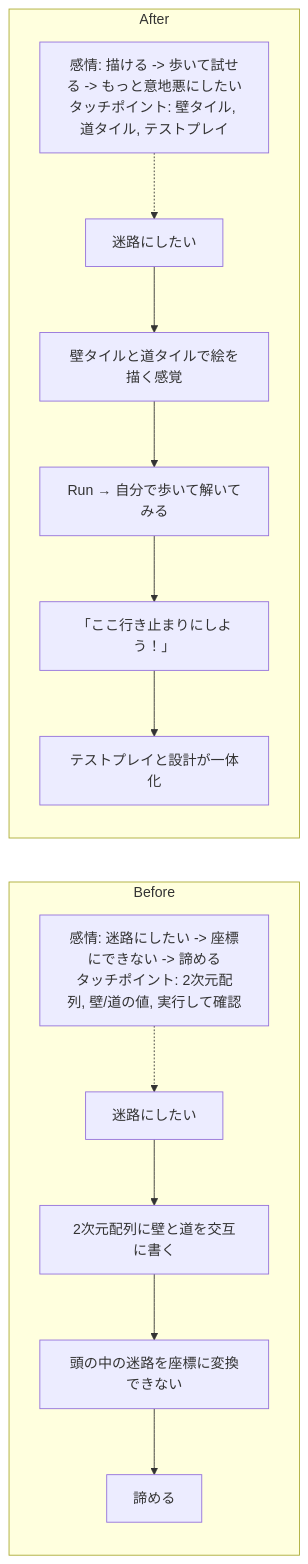
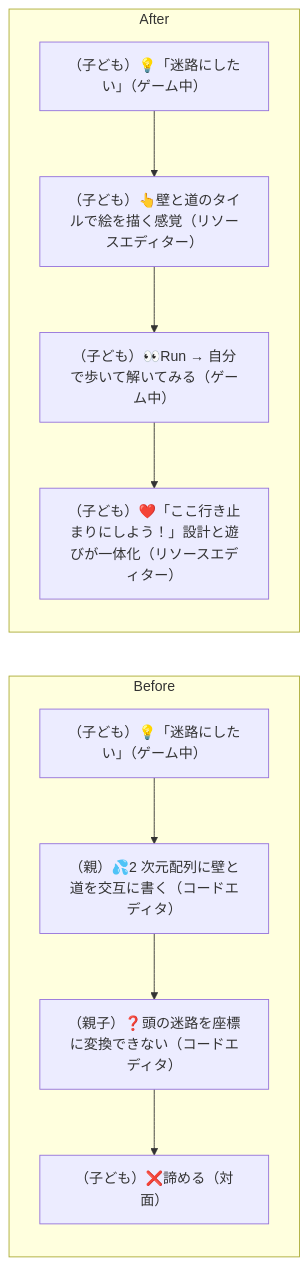
One commit to tatsuro-ueda/code-quest-pyxel changed the sixth of 42 diagrams in docs/customer-journeys.md. Above: the diagram before and after it, drawn with Mermaid. The commit also changed other lines of this file and 20 other files, not shown here.

````diff
--- a/docs/customer-journeys.md
+++ b/docs/customer-journeys.md
@@ -211,18 +201,15 @@
 ```mermaid
 flowchart LR
     subgraph Before["Before"]
-        BM["感情: 迷路にしたい -> 座標にできない -> 諦める<br/>タッチポイント: 2次元配列, 壁/道の値, 実行して確認"]
-        BM -.-> B1
-        B1[迷路にしたい] --> B2[2次元配列に壁と道を交互に書く]
-        B2 --> B3[頭の中の迷路を座標に変換できない]
-        B3 --> B4[諦める]
+        B1[（子ども）💡「迷路にしたい」（ゲーム中）]
+        B1 --> B2[（親）💦2 次元配列に壁と道を交互に書く（コードエディタ）]
+        B2 --> B3[（親子）❓頭の迷路を座標に変換できない（コードエディタ）]
+        B3 --> B4[（子ども）❌諦める（対面）]
     end
     subgraph After["After"]
-        AM["感情: 描ける -> 歩いて試せる -> もっと意地悪にしたい<br/>タッチポイント: 壁タイル, 道タイル, テストプレイ"]
-        AM -.-> A1
-        A1[迷路にしたい] --> A2[壁タイルと道タイルで絵を描く感覚]
-        A2 --> A3[Run → 自分で歩いて解いてみる]
-        A3 --> A4[「ここ行き止まりにしよう！」]
-        A4 --> A5[テストプレイと設計が一体化]
+        A1[（子ども）💡「迷路にしたい」（ゲーム中）]
+        A1 --> A2[（子ども）👆壁と道のタイルで絵を描く感覚（リソースエディター）]
+        A2 --> A3[（子ども）👀Run → 自分で歩いて解いてみる（ゲーム中）]
+        A3 --> A4[（子ども）❤️「ここ行き止まりにしよう！」設計と遊びが一体化（リソースエディター）]
     end
 ```
````
